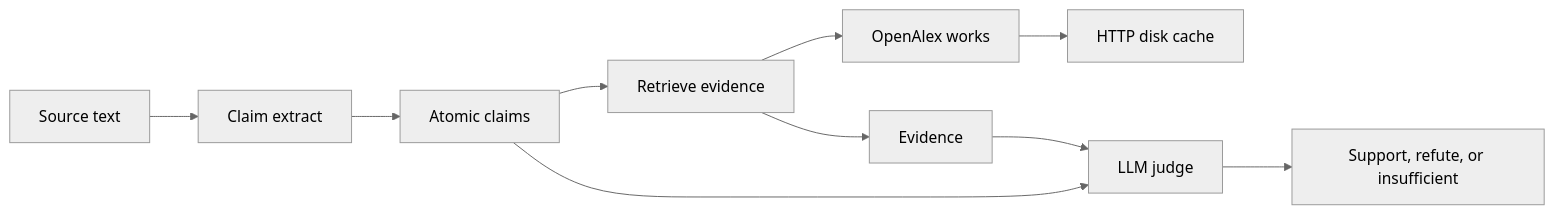
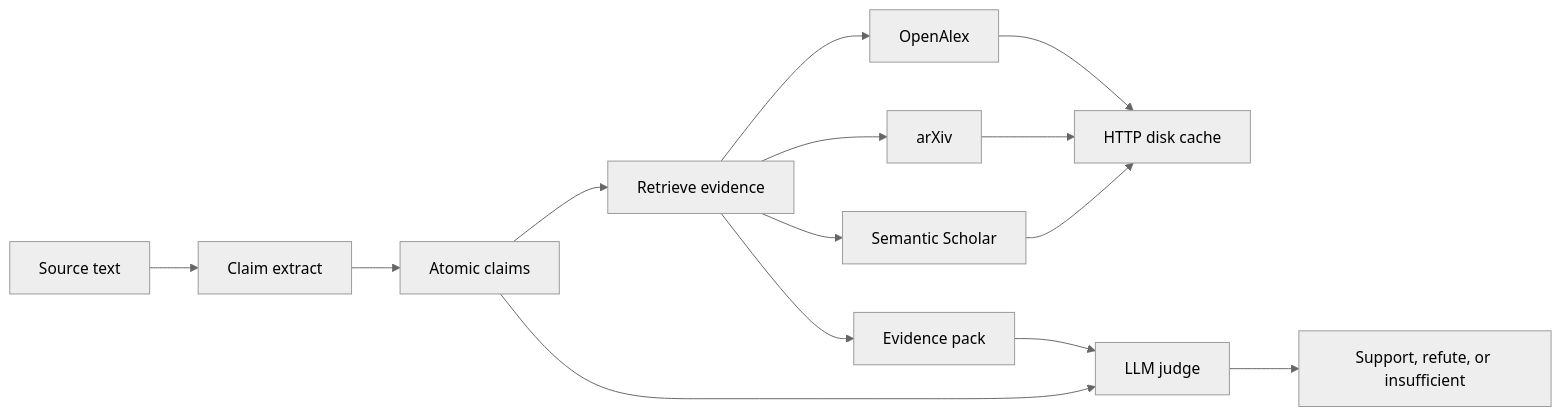
Before and after one commit to shehbaz0101/claimforge: the diagram in docs/architecture.md, drawn with Mermaid (neutral theme). The commit also changed other lines of this file and 17 other files, not shown here.

First line of the commit message:
feat: retrieve evidence from OpenAlex, arXiv, and Semantic Scholar (#3)

````diff
--- a/docs/architecture.md
+++ b/docs/architecture.md
@@ -10,12 +11,16 @@
 ```mermaid
 flowchart LR
   source[Source text] --> extract[Claim extract]
   extract --> claims[Atomic claims]
   claims --> retrieve[Retrieve evidence]
-  retrieve --> openalex[OpenAlex works]
+  retrieve --> openalex[OpenAlex]
+  retrieve --> arxiv[arXiv]
+  retrieve --> s2[Semantic Scholar]
   openalex --> cache[HTTP disk cache]
-  retrieve --> evidence[Evidence]
+  arxiv --> cache
+  s2 --> cache
+  retrieve --> evidence[Evidence pack]
   claims --> judge[LLM judge]
   evidence --> judge
   judge --> verdict[Support, refute, or insufficient]
 ```
````
